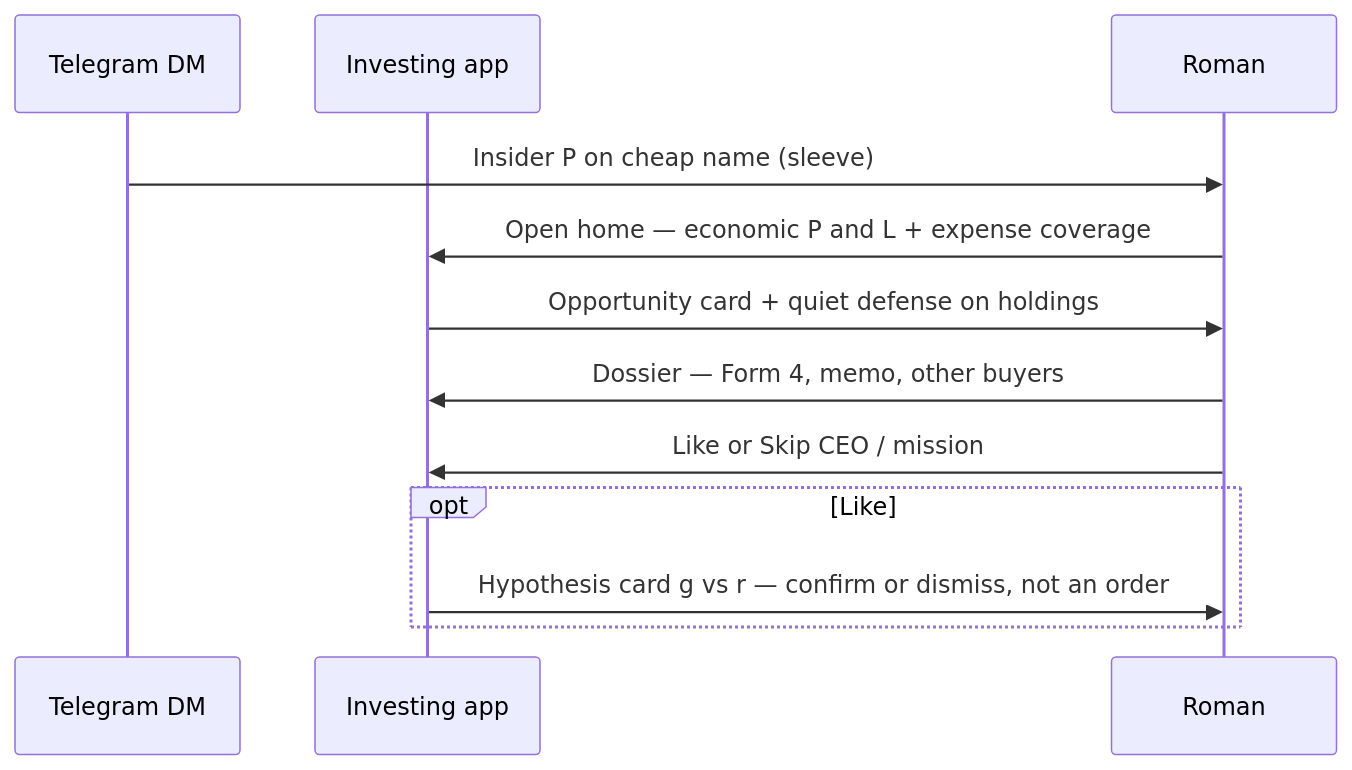
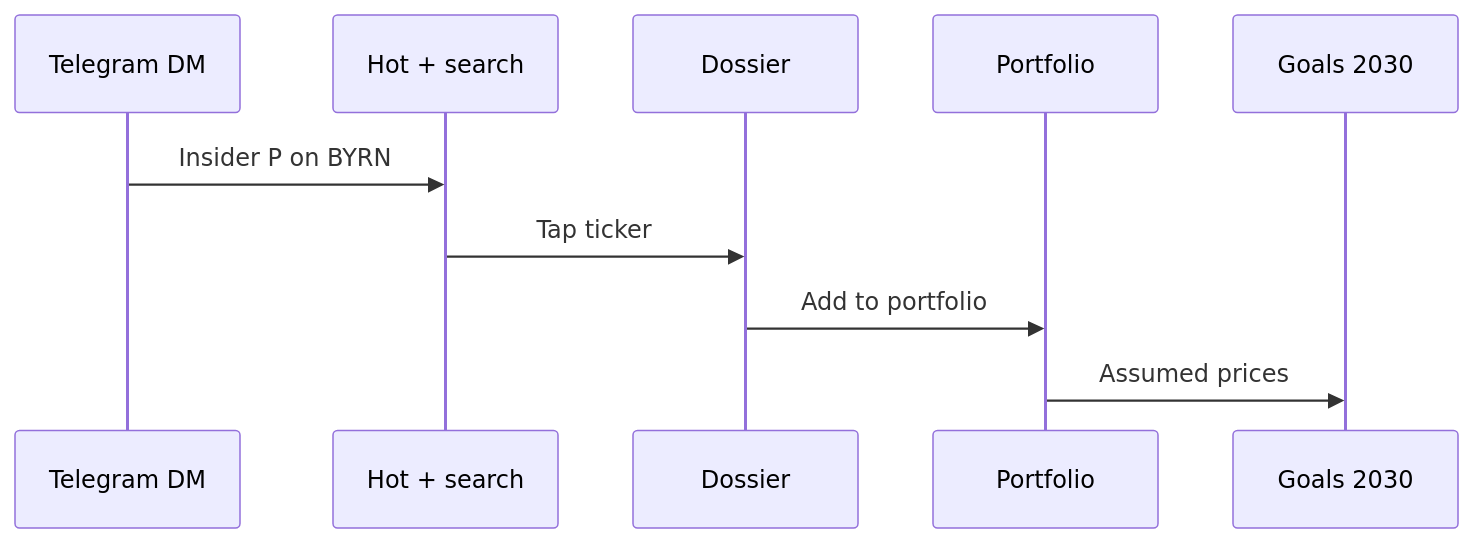
One commit to littlewhywhat/legal-360 changed the diagram in cases/investing/docs/flows/research-loop.md. Above: the diagram before and after it, drawn with Mermaid. The commit also changed other lines of this file and 5 other files, not shown here.

First line of the commit message:
feat: investing tabs Home / Hot / Goals, drop like-skip

````diff
--- a/cases/investing/docs/flows/research-loop.md
+++ b/cases/investing/docs/flows/research-loop.md
@@ -9,15 +9,13 @@
 ```mermaid
 sequenceDiagram
   participant TG as Telegram DM
-  participant App as Investing app
-  participant R as Roman
+  participant Hot as Hot + search
+  participant Dos as Dossier
+  participant Home as Portfolio
+  participant Goal as Goals 2030
 
-  TG->>R: Insider P on cheap name (sleeve)
-  R->>App: Open home — economic P and L + expense coverage
-  App->>R: Opportunity card + quiet defense on holdings
-  R->>App: Dossier — Form 4, memo, other buyers
-  R->>App: Like or Skip CEO / mission
-  opt Like
-    App->>R: Hypothesis card g vs r — confirm or dismiss, not an order
-  end
+  TG->>Hot: Insider P on BYRN
+  Hot->>Dos: Tap ticker
+  Dos->>Home: Add to portfolio
+  Home->>Goal: Assumed prices
 ```
````
